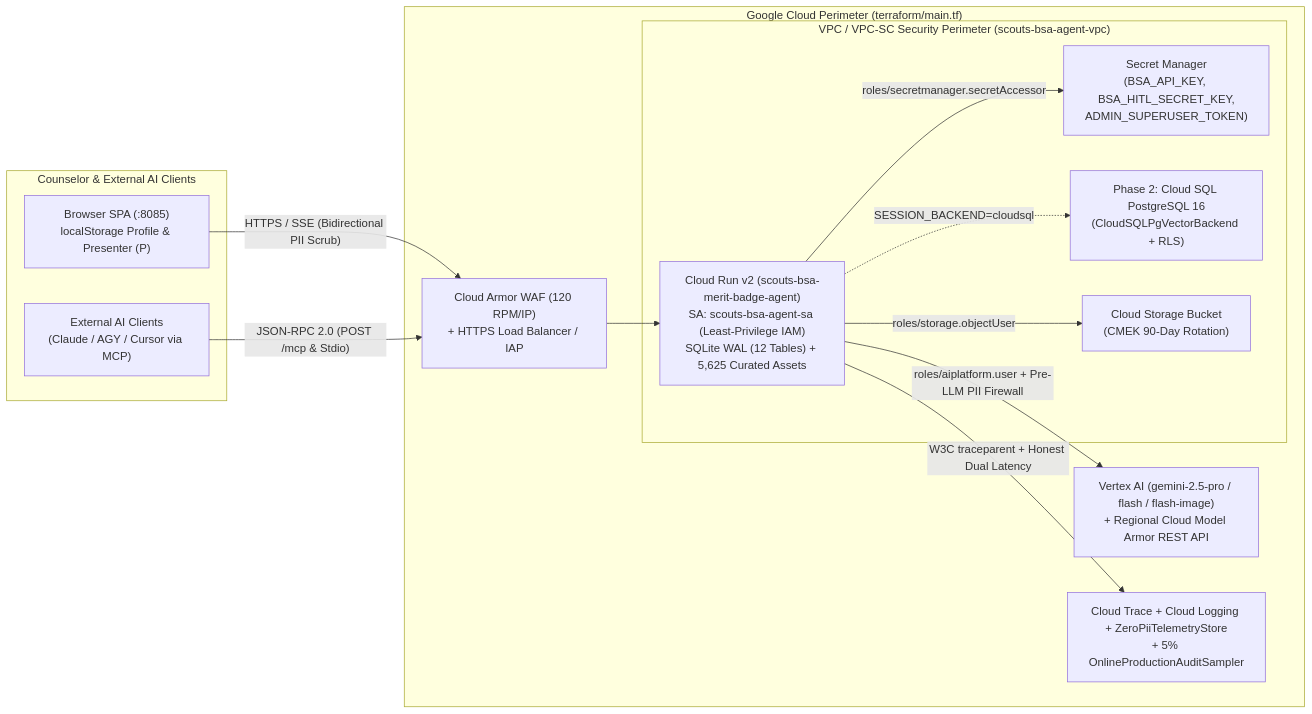
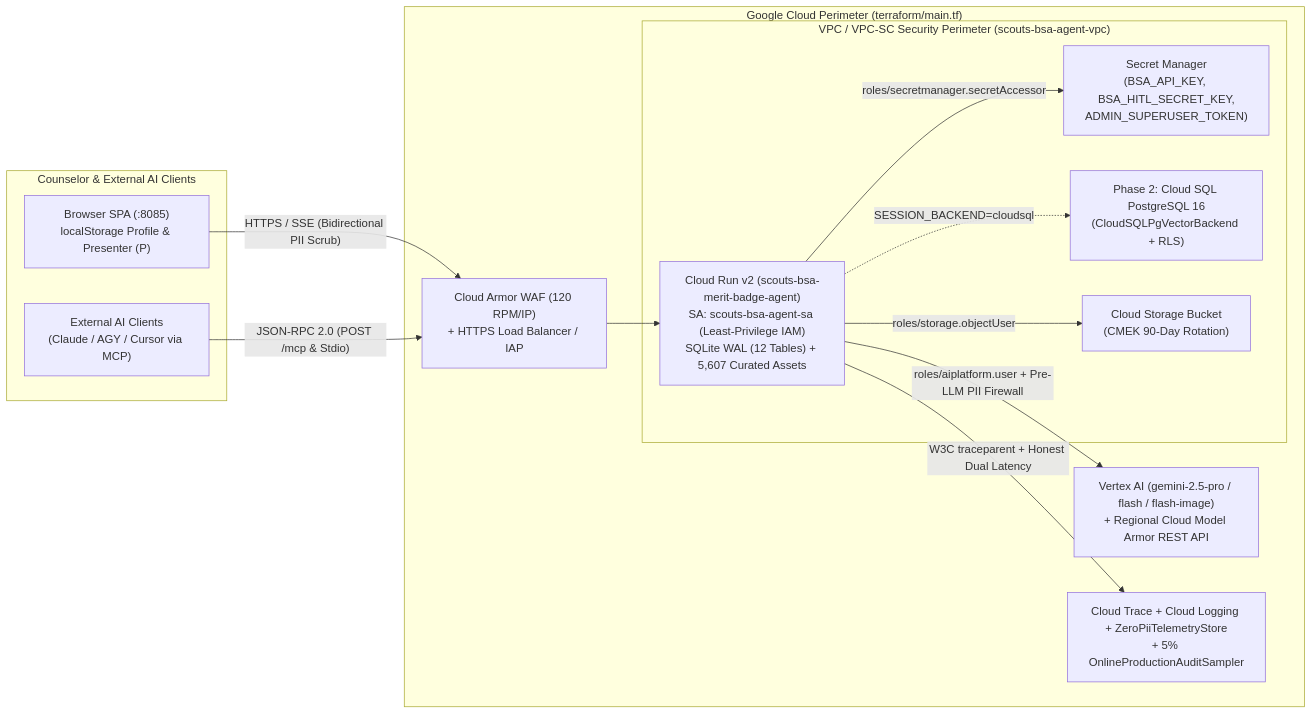
Before and after one commit to clayberg/scouts-bsa-merit-badge-agent: the second of 2 diagrams in README.md, drawn with Mermaid. The commit also changed other lines of this file and 481 other files, not shown here.

````diff
--- a/README.md
+++ b/README.md
@@ -309,28 +309,28 @@
 ```mermaid
 flowchart LR
     subgraph ClientEdge["Counselor & External AI Clients"]
         Browser["Browser SPA (:8085)<br/>localStorage Profile & Presenter (P)"]
         MCPClient["External AI Clients<br/>(Claude / AGY / Cursor via MCP)"]
     end
 
     subgraph GCPEdge["Google Cloud Perimeter (terraform/main.tf)"]
         WAF["Cloud Armor WAF (120 RPM/IP)<br/>+ HTTPS Load Balancer / IAP"]
         subgraph VPC["VPC / VPC-SC Security Perimeter (scouts-bsa-agent-vpc)"]
-            CR["Cloud Run v2 (scouts-bsa-merit-badge-agent)<br/>SA: scouts-bsa-agent-sa (Least-Privilege IAM)<br/>SQLite WAL (12 Tables) + 5,625 Curated Assets"]
+            CR["Cloud Run v2 (scouts-bsa-merit-badge-agent)<br/>SA: scouts-bsa-agent-sa (Least-Privilege IAM)<br/>SQLite WAL (12 Tables) + 5,607 Curated Assets"]
             SM["Secret Manager<br/>(BSA_API_KEY, BSA_HITL_SECRET_KEY,<br/>ADMIN_SUPERUSER_TOKEN)"]
             CSQL["Phase 2: Cloud SQL PostgreSQL 16<br/>(CloudSQLPgVectorBackend + RLS)"]
             GCS["Cloud Storage Bucket<br/>(CMEK 90-Day Rotation)"]
         end
         Vertex["Vertex AI (gemini-2.5-pro / flash / flash-image)<br/>+ Regional Cloud Model Armor REST API"]
         Obs["Cloud Trace + Cloud Logging + ZeroPiiTelemetryStore<br/>+ 5% OnlineProductionAuditSampler"]
     end
 
     Browser -->|"HTTPS / SSE (Bidirectional PII Scrub)"| WAF
     MCPClient -->|"JSON-RPC 2.0 (POST /mcp & Stdio)"| WAF
     WAF --> CR
     CR -->|"roles/secretmanager.secretAccessor"| SM
     CR -->|"roles/aiplatform.user + Pre-LLM PII Firewall"| Vertex
     CR -.->|"SESSION_BACKEND=cloudsql"| CSQL
     CR -->|"roles/storage.objectUser"| GCS
     CR -->|"W3C traceparent + Honest Dual Latency"| Obs
 ```
````
